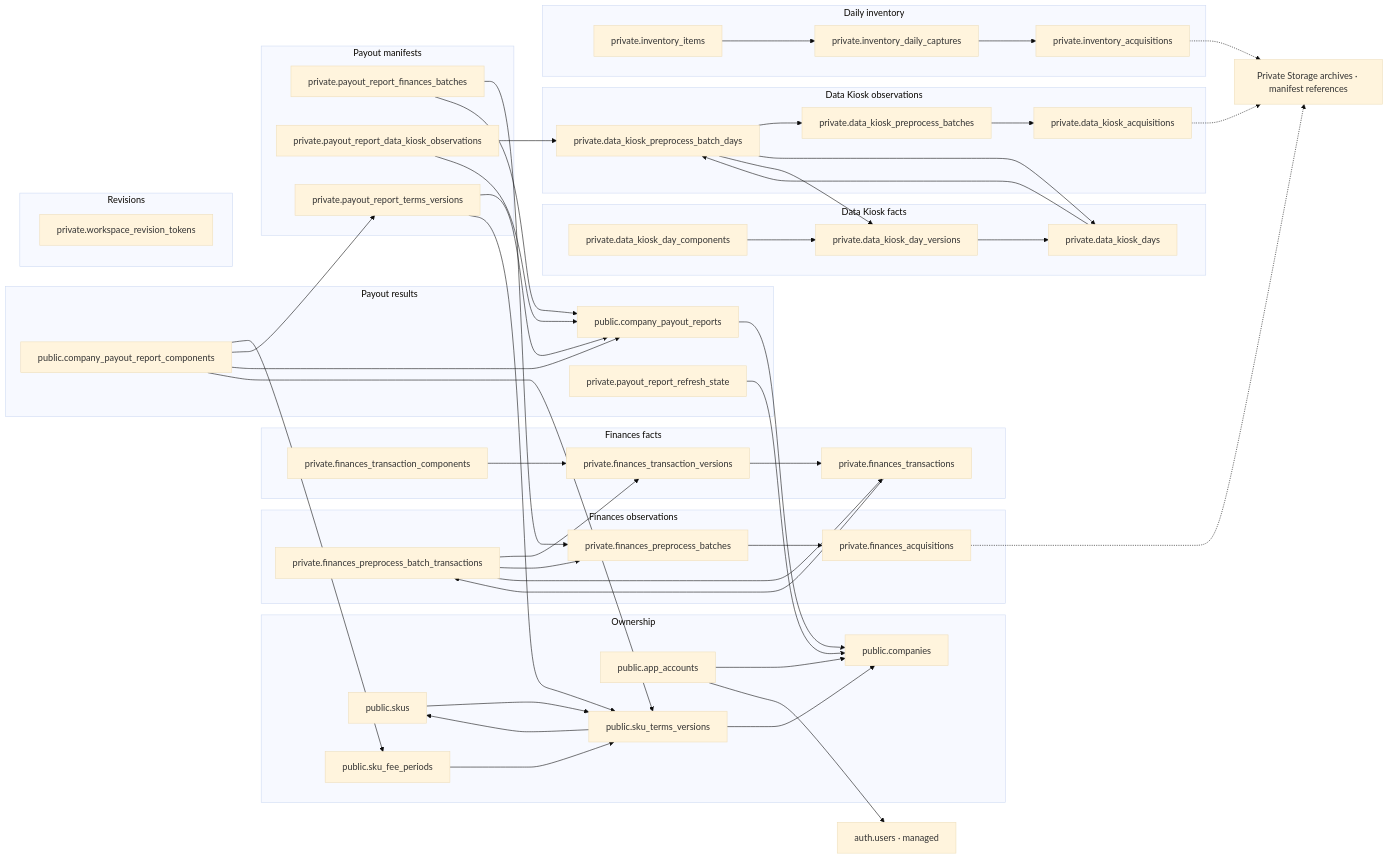
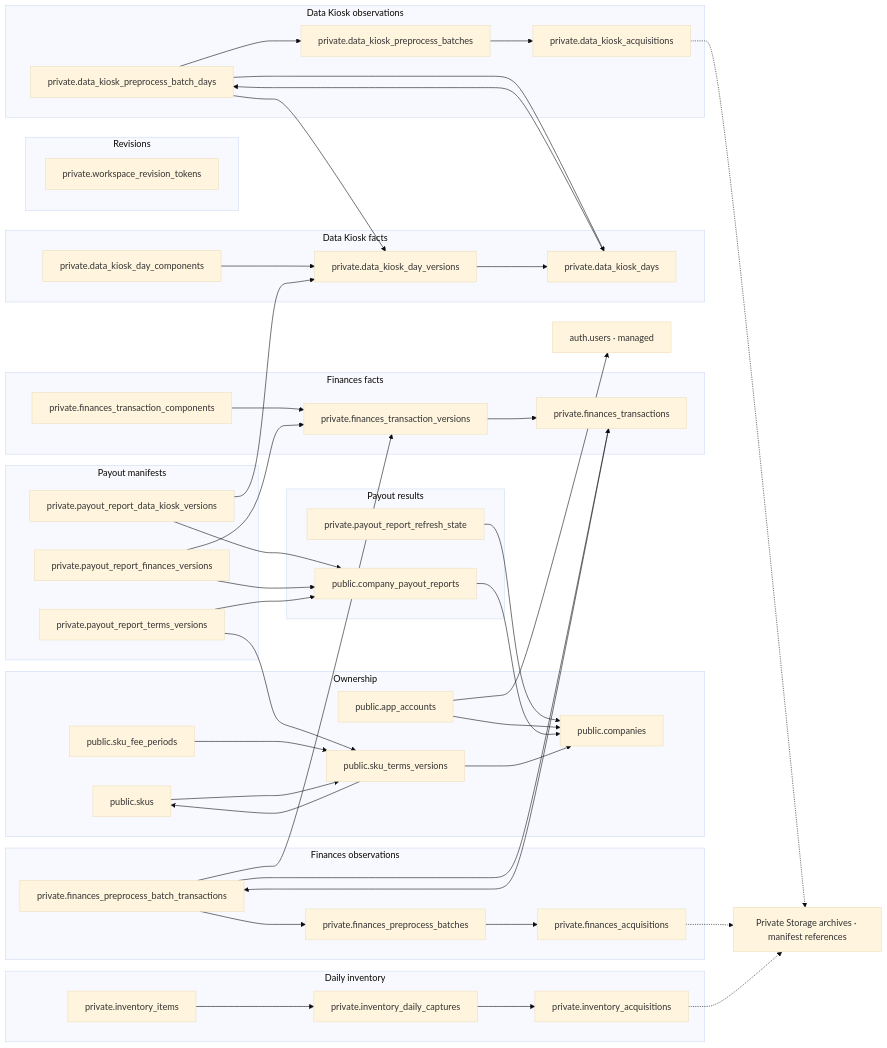
The diagram in docs/figures/database/01-overview.mmd (qwercxzsda/A-SelBox), drawn with Mermaid (base theme) before and after one commit. The commit also changed 158 other files, not shown here.

```diff
--- a/docs/figures/database/01-overview.mmd
+++ b/docs/figures/database/01-overview.mmd
@@ -1,85 +1,80 @@
 flowchart LR
     auth_users["auth.users · managed"]
     ARCHIVES["Private Storage archives · manifest references"]
     subgraph GROUP_0["Ownership"]
         public_companies["public.companies"]
         public_app_accounts["public.app_accounts"]
         public_skus["public.skus"]
         public_sku_terms_versions["public.sku_terms_versions"]
         public_sku_fee_periods["public.sku_fee_periods"]
     end
     subgraph GROUP_1["Finances observations"]
         private_finances_acquisitions["private.finances_acquisitions"]
         private_finances_preprocess_batches["private.finances_preprocess_batches"]
         private_finances_preprocess_batch_transactions["private.finances_preprocess_batch_transactions"]
     end
     subgraph GROUP_2["Finances facts"]
         private_finances_transactions["private.finances_transactions"]
         private_finances_transaction_versions["private.finances_transaction_versions"]
         private_finances_transaction_components["private.finances_transaction_components"]
     end
     subgraph GROUP_3["Data Kiosk observations"]
         private_data_kiosk_acquisitions["private.data_kiosk_acquisitions"]
         private_data_kiosk_preprocess_batches["private.data_kiosk_preprocess_batches"]
         private_data_kiosk_preprocess_batch_days["private.data_kiosk_preprocess_batch_days"]
     end
     subgraph GROUP_4["Data Kiosk facts"]
         private_data_kiosk_days["private.data_kiosk_days"]
         private_data_kiosk_day_versions["private.data_kiosk_day_versions"]
         private_data_kiosk_day_components["private.data_kiosk_day_components"]
     end
     subgraph GROUP_5["Payout results"]
         public_company_payout_reports["public.company_payout_reports"]
-        public_company_payout_report_components["public.company_payout_report_components"]
         private_payout_report_refresh_state["private.payout_report_refresh_state"]
     end
     subgraph GROUP_6["Payout manifests"]
-        private_payout_report_finances_batches["private.payout_report_finances_batches"]
-        private_payout_report_data_kiosk_observations["private.payout_report_data_kiosk_observations"]
+        private_payout_report_finances_versions["private.payout_report_finances_versions"]
+        private_payout_report_data_kiosk_versions["private.payout_report_data_kiosk_versions"]
         private_payout_report_terms_versions["private.payout_report_terms_versions"]
     end
     subgraph GROUP_7["Revisions"]
         private_workspace_revision_tokens["private.workspace_revision_tokens"]
     end
     subgraph GROUP_8["Daily inventory"]
         private_inventory_acquisitions["private.inventory_acquisitions"]
         private_inventory_daily_captures["private.inventory_daily_captures"]
         private_inventory_items["private.inventory_items"]
     end
     private_data_kiosk_acquisitions -.-> ARCHIVES
     private_data_kiosk_day_components --> private_data_kiosk_day_versions
     private_data_kiosk_day_versions --> private_data_kiosk_days
     private_data_kiosk_days --> private_data_kiosk_preprocess_batch_days
     private_data_kiosk_preprocess_batch_days --> private_data_kiosk_preprocess_batches
     private_data_kiosk_preprocess_batch_days --> private_data_kiosk_days
     private_data_kiosk_preprocess_batch_days --> private_data_kiosk_day_versions
     private_data_kiosk_preprocess_batches --> private_data_kiosk_acquisitions
     private_finances_acquisitions -.-> ARCHIVES
     private_finances_preprocess_batch_transactions --> private_finances_transaction_versions
     private_finances_preprocess_batch_transactions --> private_finances_preprocess_batches
     private_finances_preprocess_batch_transactions --> private_finances_transactions
     private_finances_preprocess_batches --> private_finances_acquisitions
     private_finances_transaction_components --> private_finances_transaction_versions
     private_finances_transaction_versions --> private_finances_transactions
     private_finances_transactions --> private_finances_preprocess_batch_transactions
     private_inventory_acquisitions -.-> ARCHIVES
     private_inventory_daily_captures --> private_inventory_acquisitions
     private_inventory_items --> private_inventory_daily_captures
-    private_payout_report_data_kiosk_observations --> private_data_kiosk_preprocess_batch_days
-    private_payout_report_data_kiosk_observations --> public_company_payout_reports
-    private_payout_report_finances_batches --> private_finances_preprocess_batches
-    private_payout_report_finances_batches --> public_company_payout_reports
+    private_payout_report_data_kiosk_versions --> private_data_kiosk_day_versions
+    private_payout_report_data_kiosk_versions --> public_company_payout_reports
+    private_payout_report_finances_versions --> public_company_payout_reports
+    private_payout_report_finances_versions --> private_finances_transaction_versions
     private_payout_report_refresh_state --> public_companies
     private_payout_report_terms_versions --> public_company_payout_reports
     private_payout_report_terms_versions --> public_sku_terms_versions
     public_app_accounts --> public_companies
     public_app_accounts --> auth_users
-    public_company_payout_report_components --> public_sku_fee_periods
-    public_company_payout_report_components --> private_payout_report_terms_versions
-    public_company_payout_report_components --> public_company_payout_reports
-    public_company_payout_report_components --> public_sku_terms_versions
     public_company_payout_reports --> public_companies
     public_sku_fee_periods --> public_sku_terms_versions
     public_sku_terms_versions --> public_companies
     public_sku_terms_versions --> public_skus
     public_skus --> public_sku_terms_versions
```
